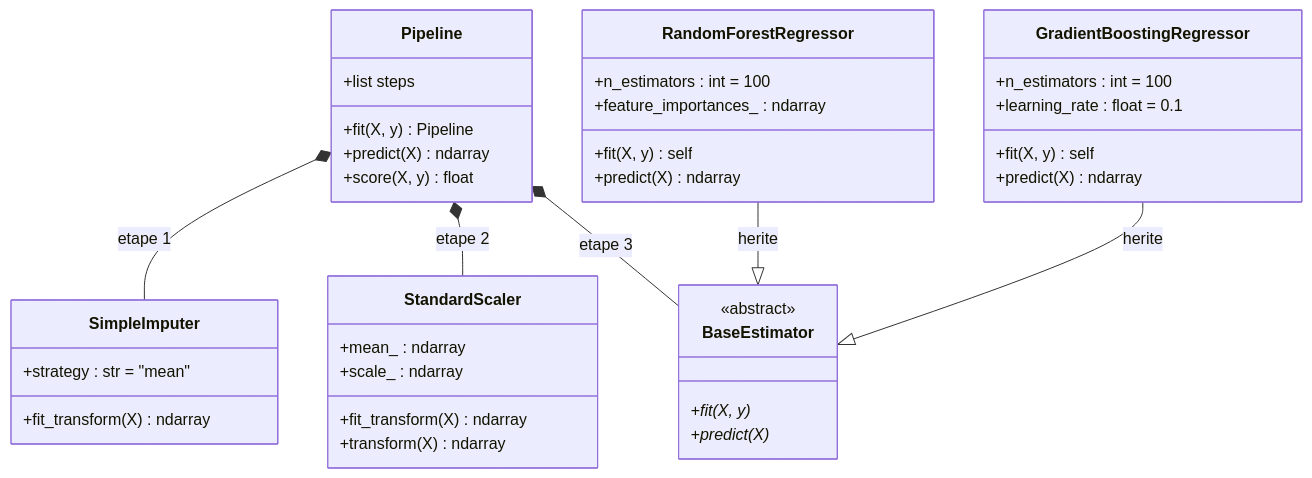
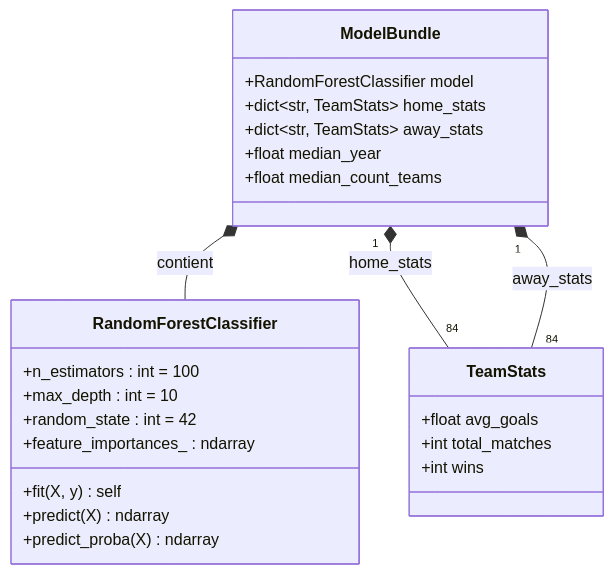
One commit to quentinete2/Data_ai_Foot_Quentin_Thibaud changed the first of 2 diagrams in Ressources/2.spec/02_ml_model.md. Above: the diagram before and after it, drawn with Mermaid. The commit also changed other lines of this file and 11 other files, not shown here.

````diff
--- a/Ressources/2.spec/02_ml_model.md
+++ b/Ressources/2.spec/02_ml_model.md
@@ -66,47 +87,30 @@
 ```mermaid
 classDiagram
-    class Pipeline {
-        +list steps
-        +fit(X, y) Pipeline
-        +predict(X) ndarray
-        +score(X, y) float
-    }
-
-    class SimpleImputer {
-        +strategy : str = "mean"
-        +fit_transform(X) ndarray
-    }
-
-    class StandardScaler {
-        +mean_ : ndarray
-        +scale_ : ndarray
-        +fit_transform(X) ndarray
-        +transform(X) ndarray
-    }
-
-    class BaseEstimator {
-        <<abstract>>
-        +fit(X, y)*
-        +predict(X)*
-    }
-
-    class RandomForestRegressor {
+    class RandomForestClassifier {
         +n_estimators : int = 100
+        +max_depth : int = 10
+        +random_state : int = 42
         +feature_importances_ : ndarray
         +fit(X, y) self
         +predict(X) ndarray
+        +predict_proba(X) ndarray
     }
 
-    class GradientBoostingRegressor {
-        +n_estimators : int = 100
-        +learning_rate : float = 0.1
-        +fit(X, y) self
-        +predict(X) ndarray
+    class TeamStats {
+        +float avg_goals
+        +int total_matches
+        +int wins
     }
 
-    Pipeline *-- SimpleImputer : etape 1
-    Pipeline *-- StandardScaler : etape 2
-    Pipeline *-- BaseEstimator : etape 3
-    RandomForestRegressor --|> BaseEstimator : herite
-    GradientBoostingRegressor --|> BaseEstimator : herite
+    class ModelBundle {
+        +RandomForestClassifier model
+        +dict~str, TeamStats~ home_stats
+        +dict~str, TeamStats~ away_stats
+        +float median_year
+        +float median_count_teams
+    }
+
+    ModelBundle *-- RandomForestClassifier : contient
+    ModelBundle "1" *-- "84" TeamStats : home_stats
+    ModelBundle "1" *-- "84" TeamStats : away_stats
 ```
````
